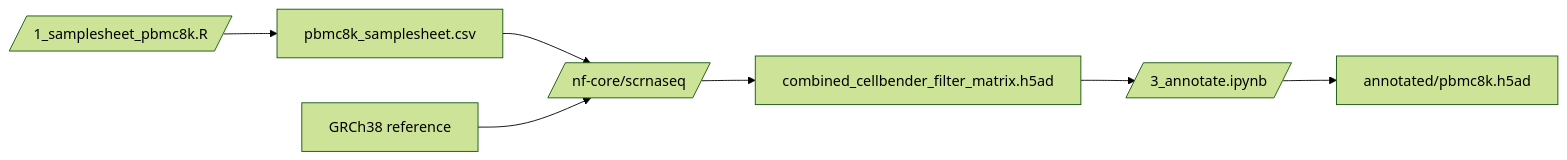
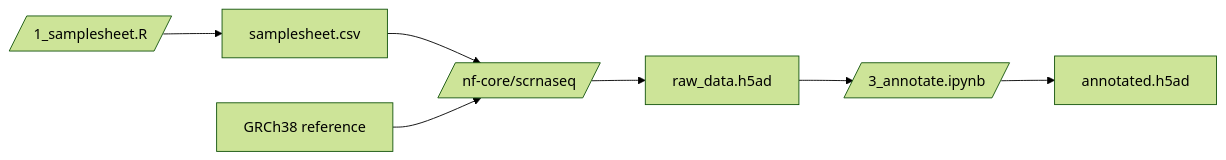
The diagram in docs/nf-lamin.md (laminlabs/lamin-blog), drawn with Mermaid (forest theme) before and after one commit.

Commit message:
shorten labels

````diff
--- a/docs/nf-lamin.md
+++ b/docs/nf-lamin.md
@@ -95,13 +95,13 @@
 ```{mermaid}
 flowchart LR
-    rscript[/"1_samplesheet_pbmc8k.R"/]:::transform
+    rscript[/"1_samplesheet.R"/]:::transform
     ref["GRCh38 reference"]:::artifact
-    sheet["pbmc8k_samplesheet.csv"]:::artifact
+    sheet["samplesheet.csv"]:::artifact
     nf[/"nf-core/scrnaseq"/]:::transform
-    h5ad["combined_cellbender_filter_matrix.h5ad"]:::artifact
+    h5ad["raw_data.h5ad"]:::artifact
     nb[/"3_annotate.ipynb"/]:::transform
-    ann["annotated/pbmc8k.h5ad"]:::artifact
+    ann["annotated.h5ad"]:::artifact
 
     rscript --> sheet --> nf --> h5ad --> nb --> ann
     ref --> nf
 ```
````
